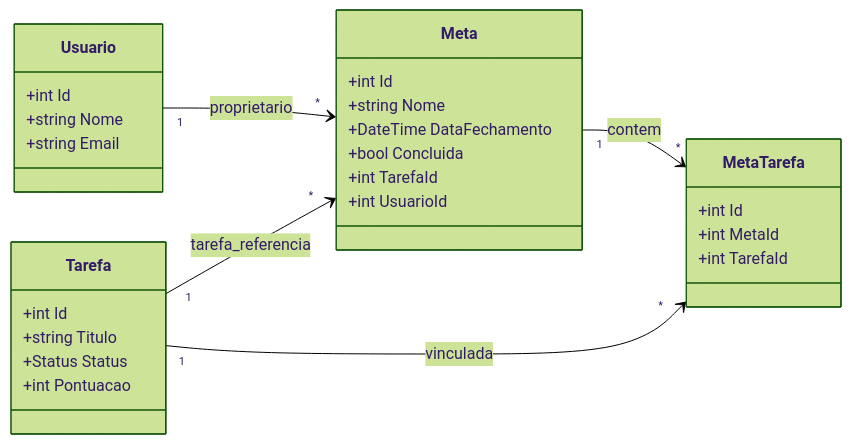
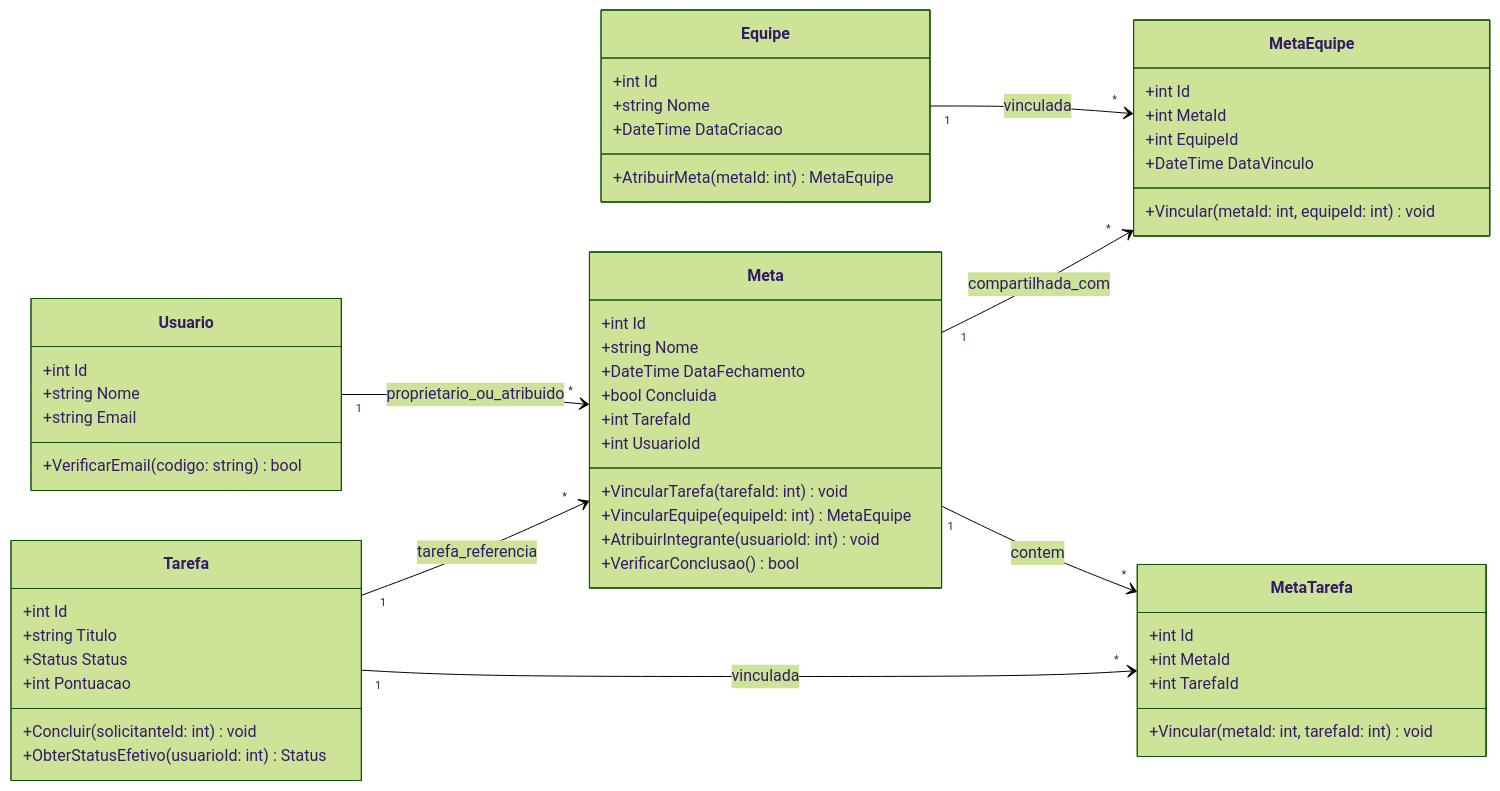
The fourth of 36 diagrams in DIAGRAMAS.md (aikovlr/Cortex-backend), drawn with Mermaid (forest theme) before and after one commit. The commit also changed other lines of this file and 3 other files, not shown here.

First line of the commit message:
docs(diagramas): atualizar diagramas de arquitetura e remover arquivos temporarios de analise

````diff
--- a/DIAGRAMAS.md
+++ b/DIAGRAMAS.md
@@ -621,37 +462,62 @@
 ```mermaid
 classDiagram
     direction LR
 
     class Usuario {
         +int Id
         +string Nome
         +string Email
+        +VerificarEmail(codigo: string) bool
     }
 
     class Tarefa {
         +int Id
         +string Titulo
         +Status Status
         +int Pontuacao
+        +Concluir(solicitanteId: int) void
+        +ObterStatusEfetivo(usuarioId: int) Status
+    }
+
+    class Equipe {
+        +int Id
+        +string Nome
+        +DateTime DataCriacao
+        +AtribuirMeta(metaId: int) MetaEquipe
     }
 
     class Meta {
         +int Id
         +string Nome
         +DateTime DataFechamento
         +bool Concluida
         +int TarefaId
         +int UsuarioId
+        +VincularTarefa(tarefaId: int) void
+        +VincularEquipe(equipeId: int) MetaEquipe
+        +AtribuirIntegrante(usuarioId: int) void
+        +VerificarConclusao() bool
     }
 
     class MetaTarefa {
         +int Id
         +int MetaId
         +int TarefaId
+        +Vincular(metaId: int, tarefaId: int) void
     }
 
-    Usuario "1" --> "*" Meta : proprietario
+    class MetaEquipe {
+        +int Id
+        +int MetaId
+        +int EquipeId
+        +DateTime DataVinculo
+        +Vincular(metaId: int, equipeId: int) void
+    }
+
+    Usuario "1" --> "*" Meta : proprietario_ou_atribuido
     Tarefa "1" --> "*" Meta : tarefa_referencia
     Meta "1" --> "*" MetaTarefa : contem
     Tarefa "1" --> "*" MetaTarefa : vinculada
+    Equipe "1" --> "*" MetaEquipe : vinculada
+    Meta "1" --> "*" MetaEquipe : compartilhada_com
 ```
````
